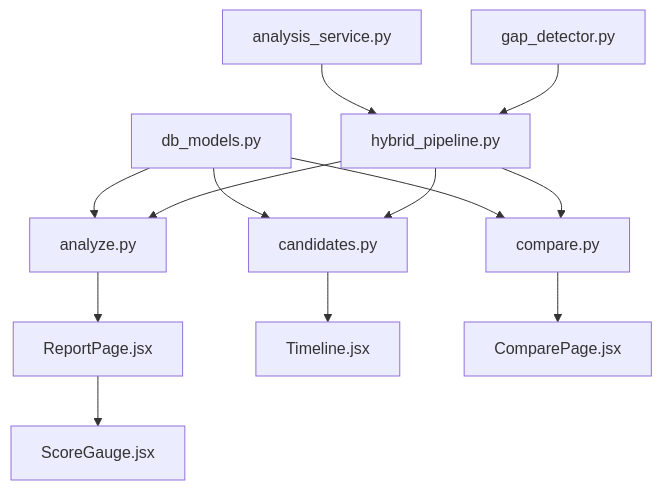
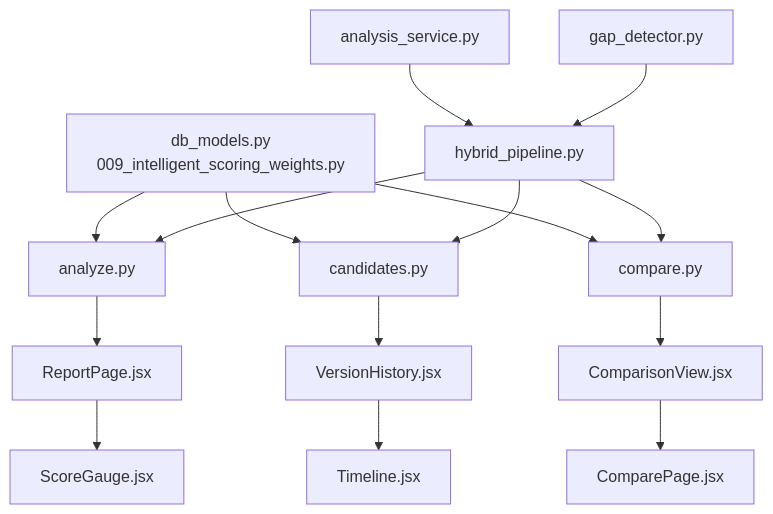
One commit to Revanththetalogics/aireume changed the eighth of 8 diagrams in .qoder/repowiki/en/content/Candidate Management/Analysis History and Tracking.md. Above: the diagram before and after it, drawn with Mermaid. The commit also changed other lines of this file and 20 other files, not shown here.

````diff
--- a/.qoder/repowiki/en/content/Candidate Management/Analysis History and Tracking.md
+++ b/.qoder/repowiki/en/content/Candidate Management/Analysis History and Tracking.md
@@ -306,15 +376,17 @@
 ```mermaid
 graph TB
-Models["db_models.py"] --> Routes["analyze.py"]
+Models["db_models.py<br/>009_intelligent_scoring_weights.py"] --> Routes["analyze.py"]
 Models --> Routes2["candidates.py"]
 Models --> Routes3["compare.py"]
 Services["hybrid_pipeline.py"] --> Routes
 Services --> Routes2
 Services --> Routes3
 Services2["analysis_service.py"] --> Services
 Services3["gap_detector.py"] --> Services
 Routes --> FE1["ReportPage.jsx"]
-Routes2 --> FE2["Timeline.jsx"]
-Routes3 --> FE3["ComparePage.jsx"]
+Routes2 --> FE2["VersionHistory.jsx"]
+Routes3 --> FE3["ComparisonView.jsx"]
 FE1 --> FE4["ScoreGauge.jsx"]
+FE2 --> FE5["Timeline.jsx"]
+FE3 --> FE6["ComparePage.jsx"]
 ```
````
